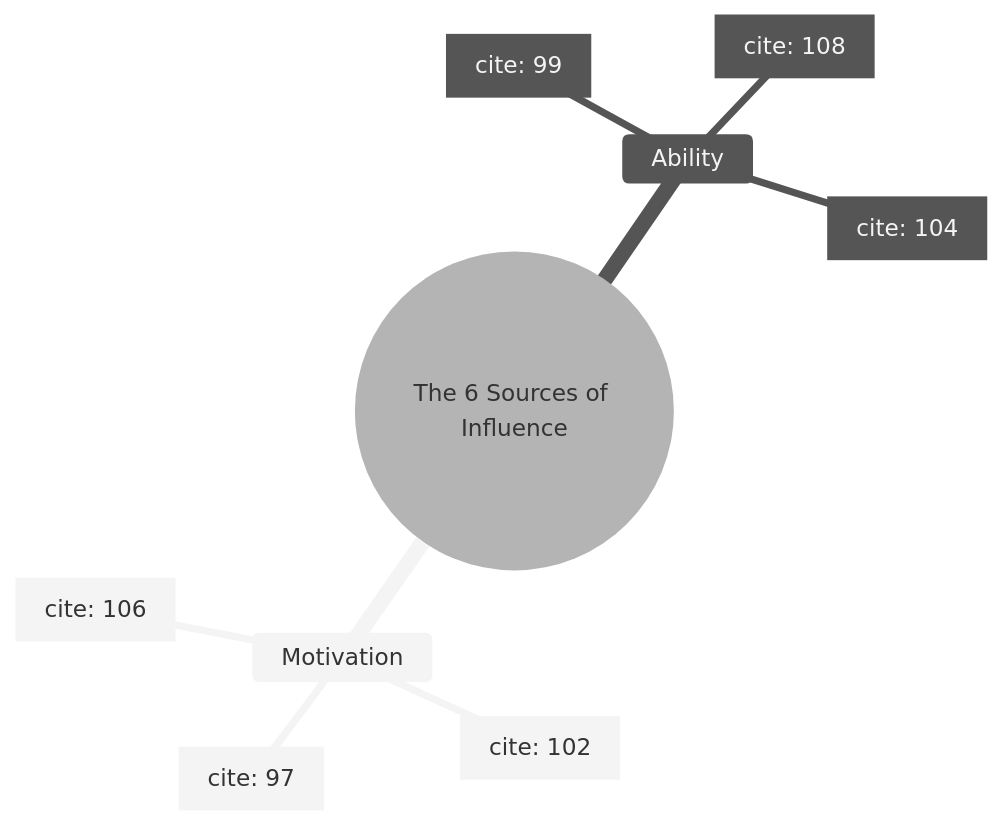
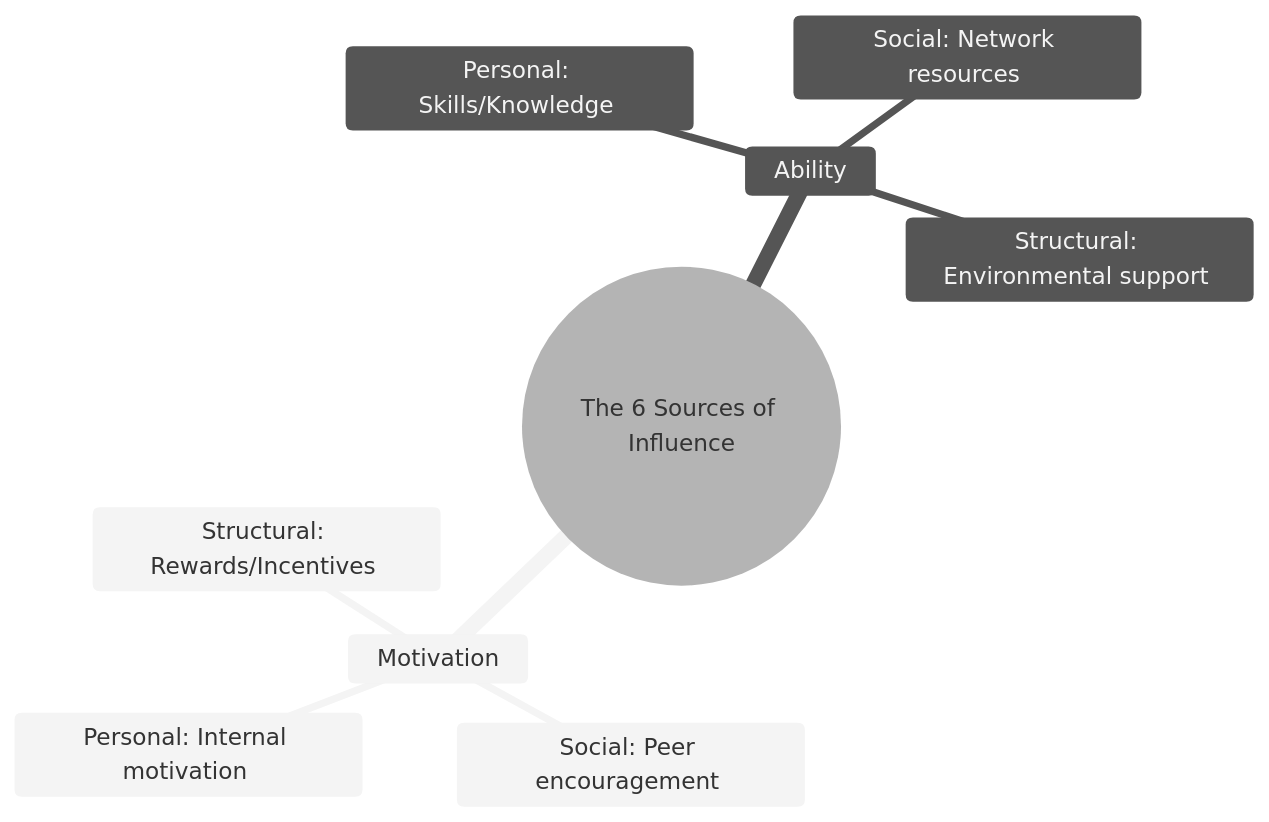
Before and after one commit to VinhTung1410/Project-Management-learning: the second of 3 diagrams in Apllying Agile in the organization.md, drawn with Mermaid (neutral theme).

Commit message:
Update Apllying Agile in the organization.md

````diff
--- a/Apllying Agile in the organization.md
+++ b/Apllying Agile in the organization.md
@@ -90,12 +90,12 @@
 ```mermaid
 mindmap
   root((The 6 Sources of Influence))
     Motivation
-      Personal: Internal motivation [cite: 97]
-      Social: Peer encouragement [cite: 102]
-      Structural: Rewards/Incentives [cite: 106]
+      Personal: Internal motivation 
+      Social: Peer encouragement 
+      Structural: Rewards/Incentives 
     Ability
-      Personal: Skills/Knowledge [cite: 99]
-      Social: Network resources [cite: 104]
-      Structural: Environmental support [cite: 108]
+      Personal: Skills/Knowledge 
+      Social: Network resources 
+      Structural: Environmental support 
 ```
````
